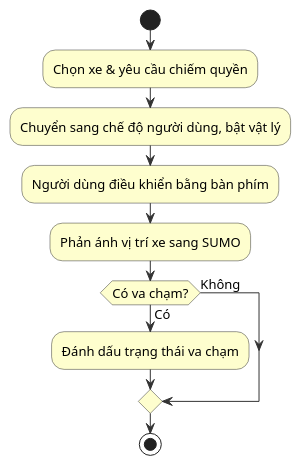
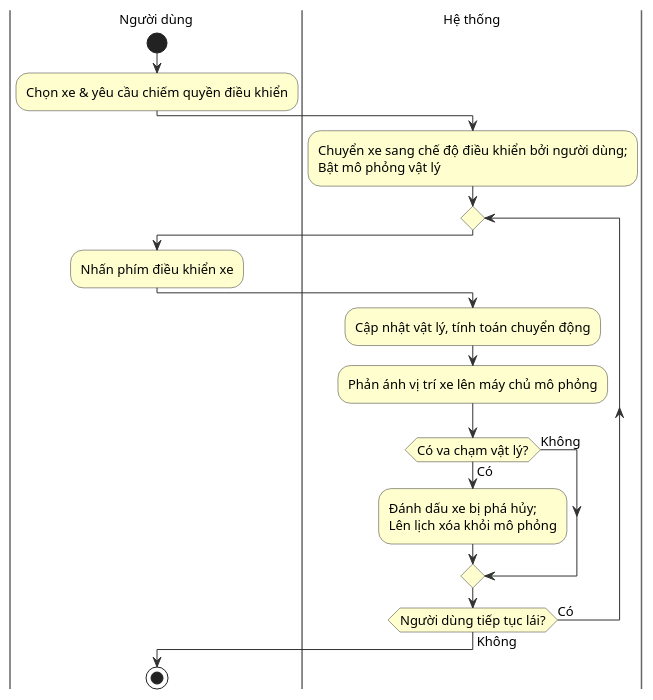
The diagram in DiagramsCode/hinh2.8-hoat-dong-uc13.puml (MinhHoang137/SUMO-GR1), drawn with PlantUML before and after one commit. The commit also changed 4 other files, not shown here.

```diff
--- a/DiagramsCode/hinh2.8-hoat-dong-uc13.puml
+++ b/DiagramsCode/hinh2.8-hoat-dong-uc13.puml
@@ -1,24 +1,38 @@
 @startuml hinh2.8-hoat-dong-uc13
 skinparam defaultFontName Arial
 skinparam defaultFontSize 13
 skinparam ActivityBackgroundColor #FEFECE
 skinparam ActivityBorderColor #333333
 skinparam ArrowColor #333333
 skinparam ActivityDiamondBackgroundColor #FEFECE
 skinparam ActivityDiamondBorderColor #333333
+skinparam SwimlaneBorderColor #666666
+skinparam SwimlaneTitleFontSize 13
 
+|Người dùng|
 start
+:Chọn xe & yêu cầu chiếm quyền điều khiển;
 
-:Chọn xe & yêu cầu chiếm quyền;
-:Chuyển sang chế độ người dùng, bật vật lý;
-:Người dùng điều khiển bằng bàn phím;
-:Phản ánh vị trí xe sang SUMO;
+|Hệ thống|
+:Chuyển xe sang chế độ điều khiển bởi người dùng;\nBật mô phỏng vật lý;
 
-if (Có va chạm?) then (Có)
-  :Đánh dấu trạng thái va chạm;
-else (Không)
-endif
+repeat
 
+  |Người dùng|
+  :Nhấn phím điều khiển xe;
+
+  |Hệ thống|
+  :Cập nhật vật lý, tính toán chuyển động;
+  :Phản ánh vị trí xe lên máy chủ mô phỏng;
+
+  if (Có va chạm vật lý?) then (Có)
+    :Đánh dấu xe bị phá hủy;\nLên lịch xóa khỏi mô phỏng;
+  else (Không)
+  endif
+
+repeat while (Người dùng tiếp tục lái?) is (Có) not (Không)
+
+|Người dùng|
 stop
 
 @enduml
```
